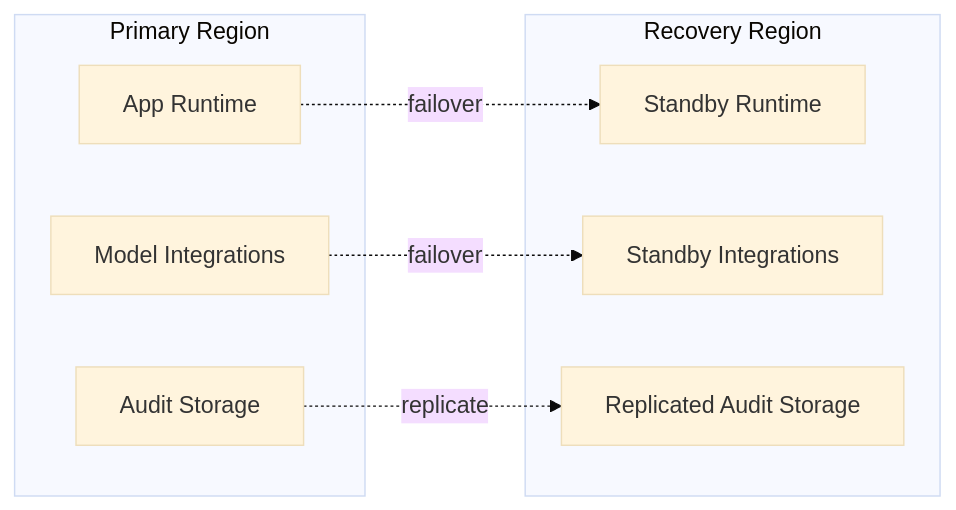
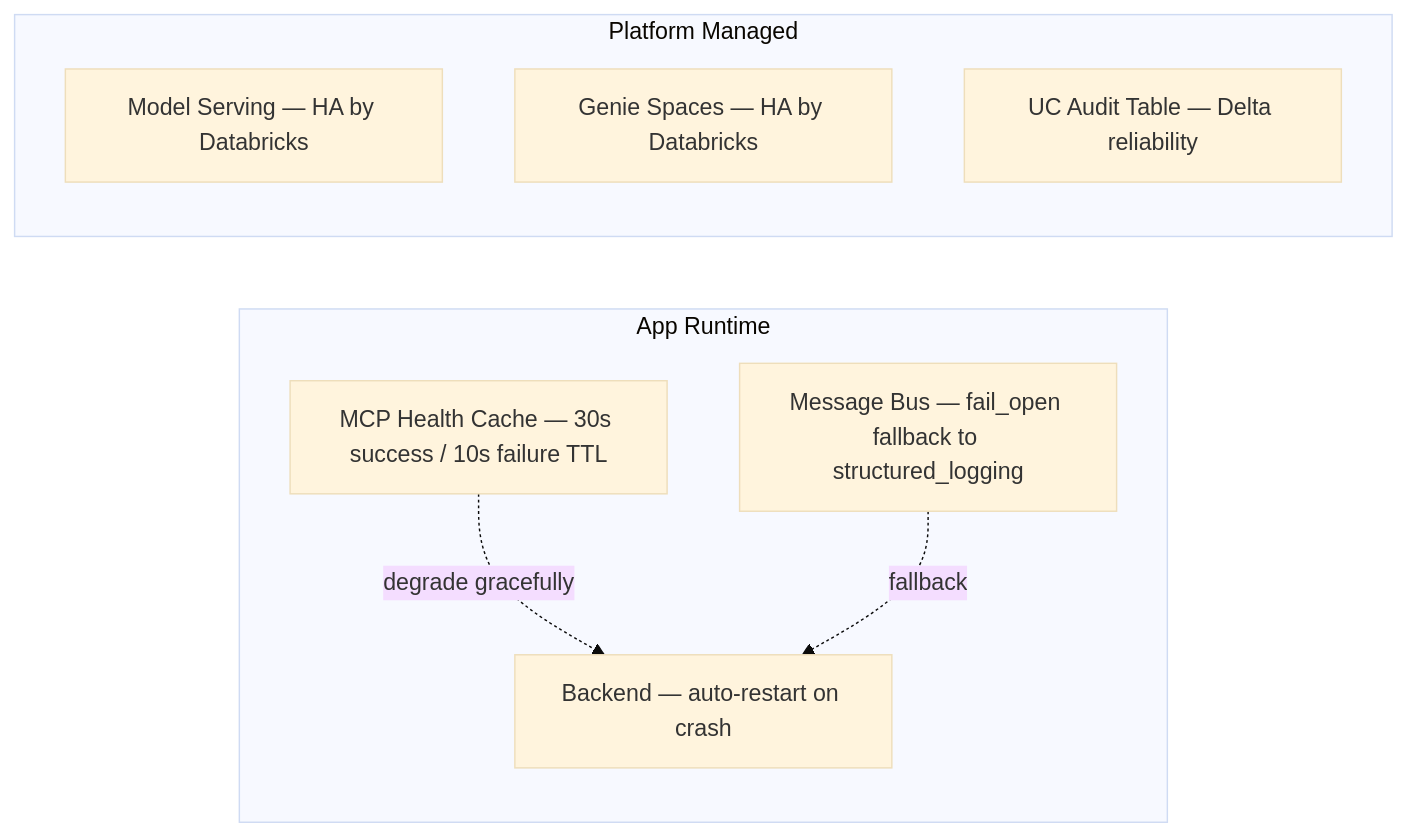
One commit to wchen-dea/Governed-Multi-Agent-Intelligence-on-Databricks changed the fifth of 5 diagrams in docs/architecture/design-artifacts/06-deployment-detailed.md. Above: the diagram before and after it, drawn with Mermaid (base theme). The commit also changed other lines of this file and 51 other files, not shown here.

````diff
--- a/docs/architecture/design-artifacts/06-deployment-detailed.md
+++ b/docs/architecture/design-artifacts/06-deployment-detailed.md
@@ -57,18 +80,17 @@
 ```mermaid
 flowchart LR
-    subgraph Primary[Primary Region]
-        A1[App Runtime]
-        A2[Model Integrations]
-        A3[Audit Storage]
+    subgraph Runtime[App Runtime]
+        A1[Backend — auto-restart on crash]
+        A2[MCP Health Cache — 30s success / 10s failure TTL]
+        A3[Message Bus — fail_open fallback to structured_logging]
     end
 
-    subgraph Recovery[Recovery Region]
-        B1[Standby Runtime]
-        B2[Standby Integrations]
-        B3[Replicated Audit Storage]
+    subgraph Platform[Platform Managed]
+        B1[Model Serving — HA by Databricks]
+        B2[Genie Spaces — HA by Databricks]
+        B3[UC Audit Table — Delta reliability]
     end
 
-    A1 -. failover .-> B1
-    A2 -. failover .-> B2
-    A3 -. replicate .-> B3
+    A2 -. degrade gracefully .-> A1
+    A3 -. fallback .-> A1
 ```
````
